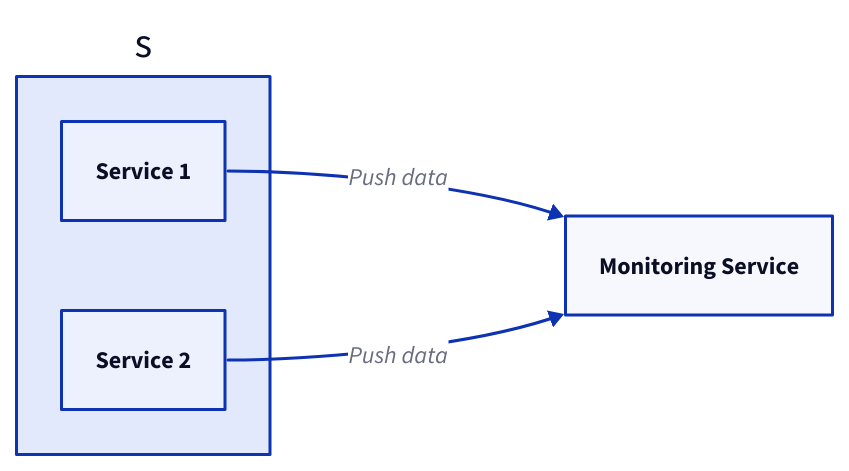
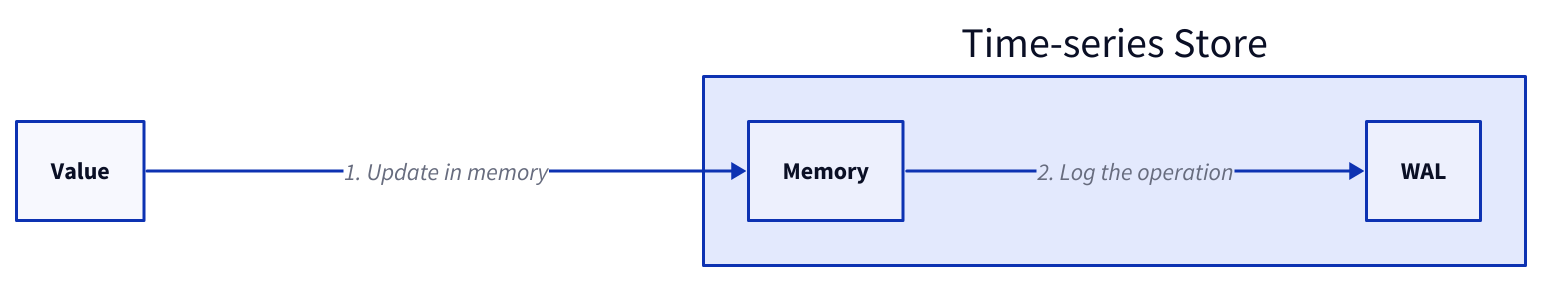
One commit to link1905/system-design-101 changed the first of 14 diagrams in content/docs/system-administration/system-monitoring/_index.md. Above: the diagram before and after it, drawn with D2. The commit also changed other lines of this file and 49 other files, not shown here.

````diff
--- a/content/docs/system-administration/system-monitoring/_index.md
+++ b/content/docs/system-administration/system-monitoring/_index.md
@@ -23,17 +84,16 @@
 ```d2
 direction: right
-s {
-  class: none
-  s1: Service 1 {
-      class: server
-  }
-  s2: Service 2 {
-      class: server
-  }
+s: Time-series Store {
+    m: Memory {
+        class: cache
+    }
+    wal: WAL {
+        class: file
+    }
 }
-m: Monitoring Service {
-    class: monitor
+v: Value {
+    class: request
 }
-s.s1 -> m: Push data
-s.s2 -> m: Push data
+v -> s.m: 1. Update in memory
+s.m -> s.wal: 2. Log the operation
 ```
````
